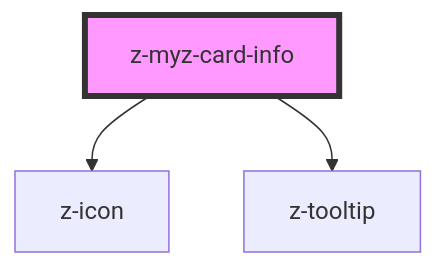
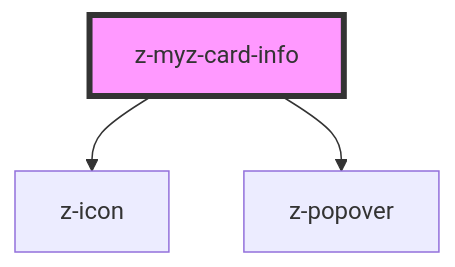
Before and after one commit to ZanichelliEditore/design-system: the diagram in src/snowflakes/myz/card/z-myz-card-info/readme.md, drawn with Mermaid. The commit also changed other lines of this file and 25 other files, not shown here.

````diff
--- a/src/snowflakes/myz/card/z-myz-card-info/readme.md
+++ b/src/snowflakes/myz/card/z-myz-card-info/readme.md
@@ -36,6 +36,6 @@
 ```mermaid
 graph TD;
   z-myz-card-info --> z-icon
-  z-myz-card-info --> z-tooltip
+  z-myz-card-info --> z-popover
   style z-myz-card-info fill:#f9f,stroke:#333,stroke-width:4px
 ```
````
